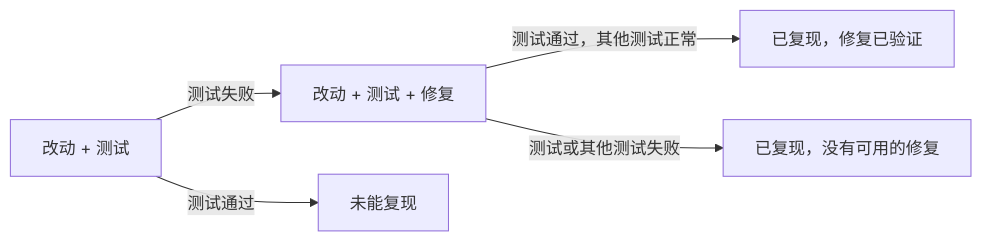
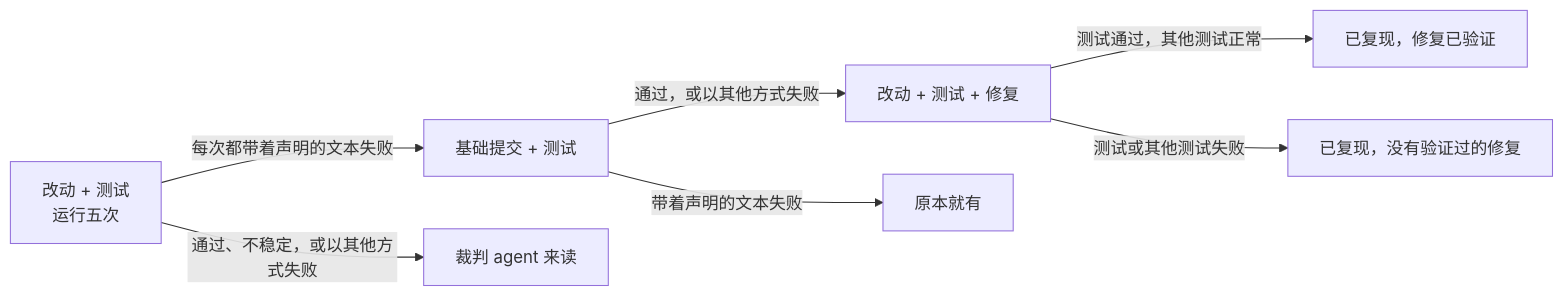
Before and after one commit to Pleasurecruise/eyeful: the diagram in docs/zh/VERIFICATION.md, drawn with Mermaid. The commit also changed other lines of this file and 86 other files, not shown here.

````diff
--- a/docs/zh/VERIFICATION.md
+++ b/docs/zh/VERIFICATION.md
@@ -52,7 +69,9 @@
 ```mermaid
 flowchart LR
-    repro["改动 + 测试"] -->|测试失败| fixed["改动 + 测试 + 修复"]
-    repro -->|测试通过| reject["未能复现"]
+    repro["改动 + 测试<br/>运行五次"] -->|每次都带着声明的文本失败| base["基础提交 + 测试"]
+    repro -->|通过、不稳定，或以其他方式失败| judge["裁判 agent 来读"]
+    base -->|通过，或以其他方式失败| fixed["改动 + 测试 + 修复"]
+    base -->|带着声明的文本失败| old["原本就有"]
     fixed -->|测试通过，其他测试正常| verified["已复现，修复已验证"]
-    fixed -->|测试或其他测试失败| nofix["已复现，没有可用的修复"]
+    fixed -->|测试或其他测试失败| nofix["已复现，没有验证过的修复"]
 ```
````
